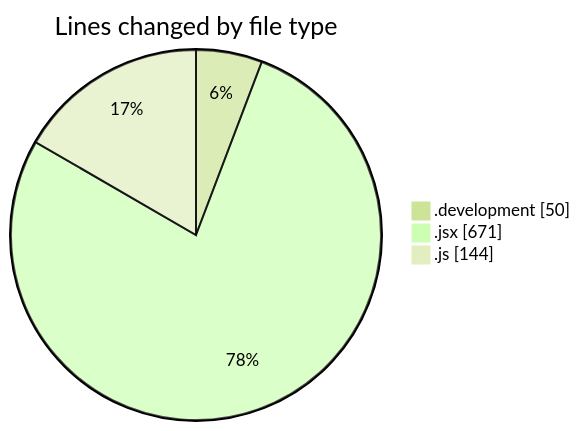
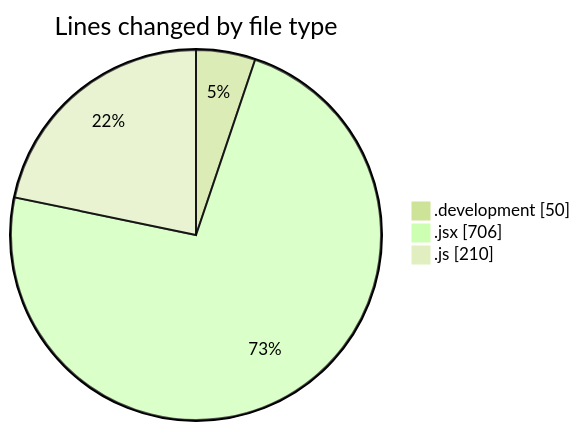
One commit to nxtqubesakshisongat/code-tracking changed the first of 2 diagrams in 2025-12-25/nxtqube_webapp/README.md. Above: the diagram before and after it, drawn with Mermaid (forest theme). The commit also changed other lines of this file and 1 other file, not shown here.

````diff
--- a/2025-12-25/nxtqube_webapp/README.md
+++ b/2025-12-25/nxtqube_webapp/README.md
@@ -22,7 +23,7 @@
 ```mermaid
 pie showData
 title Lines changed by file type
 ".development" : 50
-".jsx" : 671
-".js" : 144
+".jsx" : 706
+".js" : 210
 ```
````
